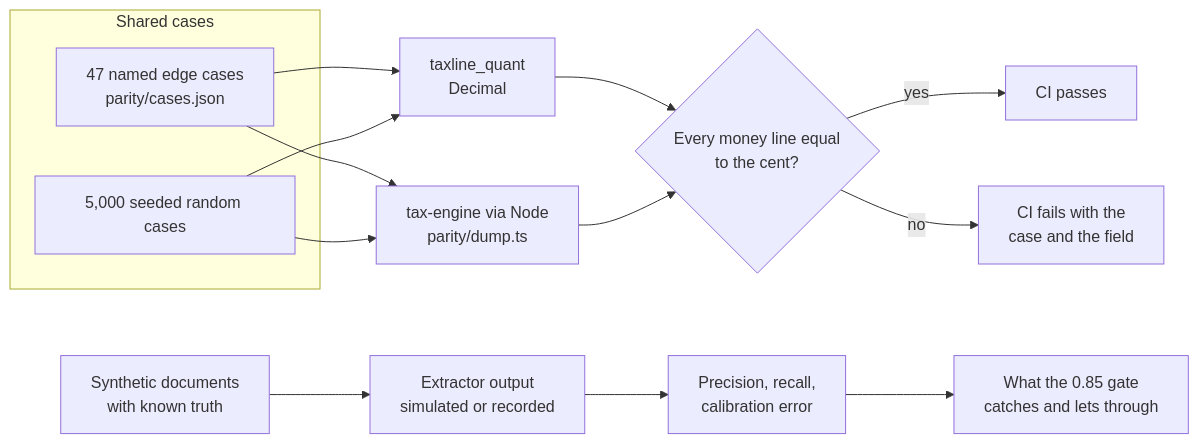
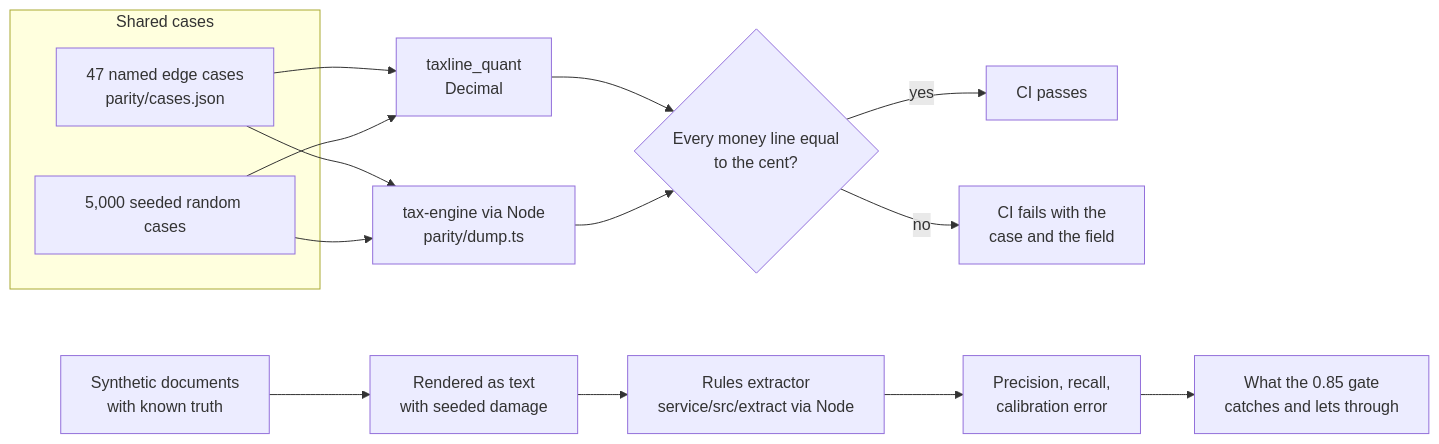
Before and after one commit to patrickking67/taxline: the fifth of 5 diagrams in docs/architecture.md, drawn with Mermaid. The commit also changed other lines of this file and 20 other files, not shown here.

First line of the commit message:
feat(evals): score the service's rules extractor on rendered scans

````diff
--- a/docs/architecture.md
+++ b/docs/architecture.md
@@ -157,18 +157,19 @@
 ```mermaid
 flowchart LR
   subgraph Cases["Shared cases"]
     N["47 named edge cases<br/>parity/cases.json"]
     RND["5,000 seeded random cases"]
   end
   N --> PYM["taxline_quant<br/>Decimal"]
   RND --> PYM
   N --> TSM["tax-engine via Node<br/>parity/dump.ts"]
   RND --> TSM
   PYM --> CMP{"Every money line equal<br/>to the cent?"}
   TSM --> CMP
   CMP -->|yes| OK["CI passes"]
   CMP -->|no| FAIL["CI fails with the<br/>case and the field"]
-  SYN["Synthetic documents<br/>with known truth"] --> EX["Extractor output<br/>simulated or recorded"]
+  SYN["Synthetic documents<br/>with known truth"] --> REN["Rendered as text<br/>with seeded damage"]
+  REN --> EX["Rules extractor<br/>service/src/extract via Node"]
   EX --> SC["Precision, recall,<br/>calibration error"]
   SC --> GATE["What the 0.85 gate<br/>catches and lets through"]
 ```
````
